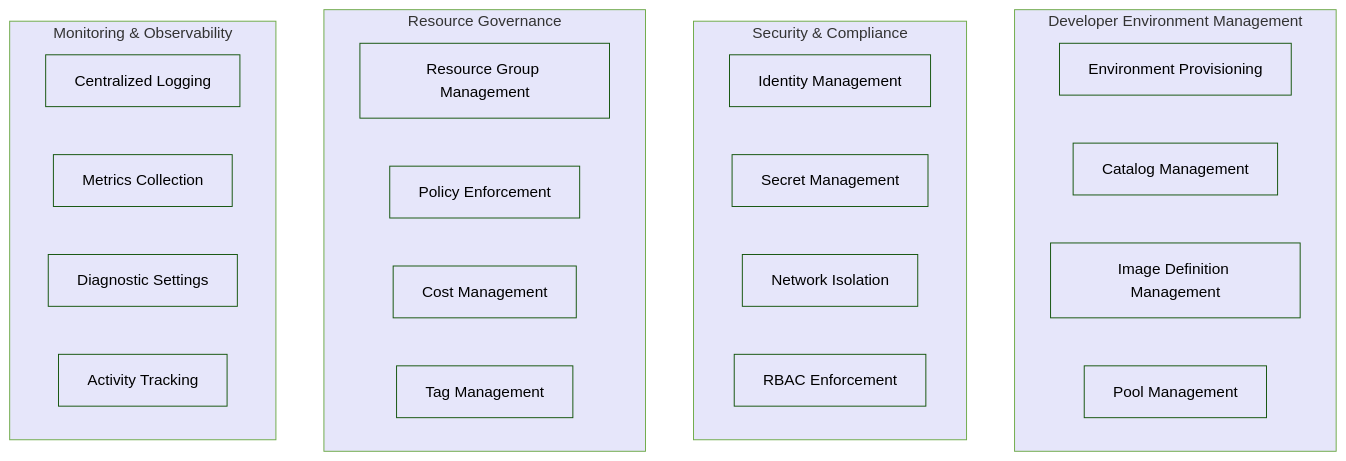
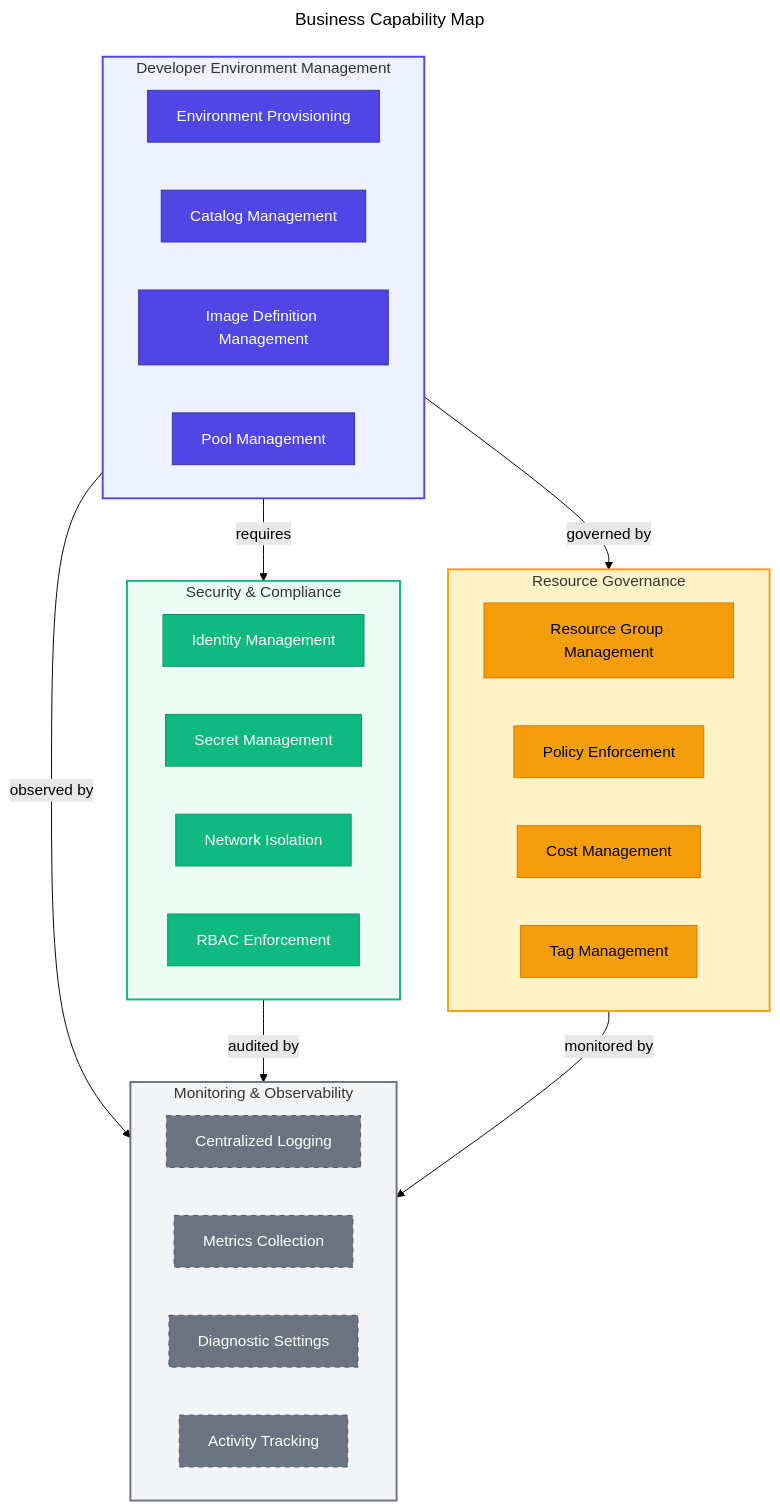
The first of 6 diagrams in README.md (Evilazaro/DevExp-DevBox), drawn with Mermaid (forest theme) before and after one commit. The commit also changed other lines of this file, not shown here.

Commit message:
Enhance README.md with detailed architecture diagrams for improved clarity and understanding

````diff
--- a/README.md
+++ b/README.md
@@ -142,51 +142,62 @@
 ```mermaid
+---
+title: Business Capability Map
+---
 flowchart TB
-    subgraph DevEnv[Developer Environment Management]
-        DE1[Environment Provisioning]
-        DE2[Catalog Management]
-        DE3[Image Definition Management]
-        DE4[Pool Management]
+    %% ===== DEVELOPER ENVIRONMENT MANAGEMENT =====
+    subgraph DevEnv["Developer Environment Management"]
+        DE1["Environment Provisioning"]
+        DE2["Catalog Management"]
+        DE3["Image Definition Management"]
+        DE4["Pool Management"]
     end
 
-    subgraph SecComp[Security & Compliance]
-        SC1[Identity Management]
-        SC2[Secret Management]
-        SC3[Network Isolation]
-        SC4[RBAC Enforcement]
+    %% ===== SECURITY & COMPLIANCE =====
+    subgraph SecComp["Security & Compliance"]
+        SC1["Identity Management"]
+        SC2["Secret Management"]
+        SC3["Network Isolation"]
+        SC4["RBAC Enforcement"]
     end
 
-    subgraph ResGov[Resource Governance]
-        RG1[Resource Group Management]
-        RG2[Policy Enforcement]
-        RG3[Cost Management]
-        RG4[Tag Management]
+    %% ===== RESOURCE GOVERNANCE =====
+    subgraph ResGov["Resource Governance"]
+        RG1["Resource Group Management"]
+        RG2["Policy Enforcement"]
+        RG3["Cost Management"]
+        RG4["Tag Management"]
     end
 
-    subgraph MonObs[Monitoring & Observability]
-        MO1[Centralized Logging]
-        MO2[Metrics Collection]
-        MO3[Diagnostic Settings]
-        MO4[Activity Tracking]
+    %% ===== MONITORING & OBSERVABILITY =====
+    subgraph MonObs["Monitoring & Observability"]
+        MO1["Centralized Logging"]
+        MO2["Metrics Collection"]
+        MO3["Diagnostic Settings"]
+        MO4["Activity Tracking"]
     end
 
-    style DevEnv fill:#E6E6FA
-    style SecComp fill:#E6E6FA
-    style ResGov fill:#E6E6FA
-    style MonObs fill:#E6E6FA
-    style DE1 fill:#E6E6FA
-    style DE2 fill:#E6E6FA
-    style DE3 fill:#E6E6FA
-    style DE4 fill:#E6E6FA
-    style SC1 fill:#E6E6FA
-    style SC2 fill:#E6E6FA
-    style SC3 fill:#E6E6FA
-    style SC4 fill:#E6E6FA
-    style RG1 fill:#E6E6FA
-    style RG2 fill:#E6E6FA
-    style RG3 fill:#E6E6FA
-    style RG4 fill:#E6E6FA
-    style MO1 fill:#E6E6FA
-    style MO2 fill:#E6E6FA
-    style MO3 fill:#E6E6FA
-    style MO4 fill:#E6E6FA
+    %% ===== CROSS-CAPABILITY DEPENDENCIES =====
+    DevEnv -->|requires| SecComp
+    DevEnv -->|governed by| ResGov
+    DevEnv -->|observed by| MonObs
+    SecComp -->|audited by| MonObs
+    ResGov -->|monitored by| MonObs
+
+    %% ===== CLASS DEFINITIONS =====
+    classDef primary fill:#4F46E5,stroke:#3730A3,color:#FFFFFF
+    classDef secondary fill:#10B981,stroke:#059669,color:#FFFFFF
+    classDef datastore fill:#F59E0B,stroke:#D97706,color:#000000
+    classDef external fill:#6B7280,stroke:#4B5563,color:#FFFFFF,stroke-dasharray:5 5
+
+    %% ===== NODE STYLING =====
+    class DE1,DE2,DE3,DE4 primary
+    class SC1,SC2,SC3,SC4 secondary
+    class RG1,RG2,RG3,RG4 datastore
+    class MO1,MO2,MO3,MO4 external
+
+    %% ===== SUBGRAPH STYLING =====
+    style DevEnv fill:#EEF2FF,stroke:#4F46E5,stroke-width:2px
+    style SecComp fill:#ECFDF5,stroke:#10B981,stroke-width:2px
+    style ResGov fill:#FEF3C7,stroke:#F59E0B,stroke-width:2px
+    style MonObs fill:#F3F4F6,stroke:#6B7280,stroke-width:2px
 ```
````
